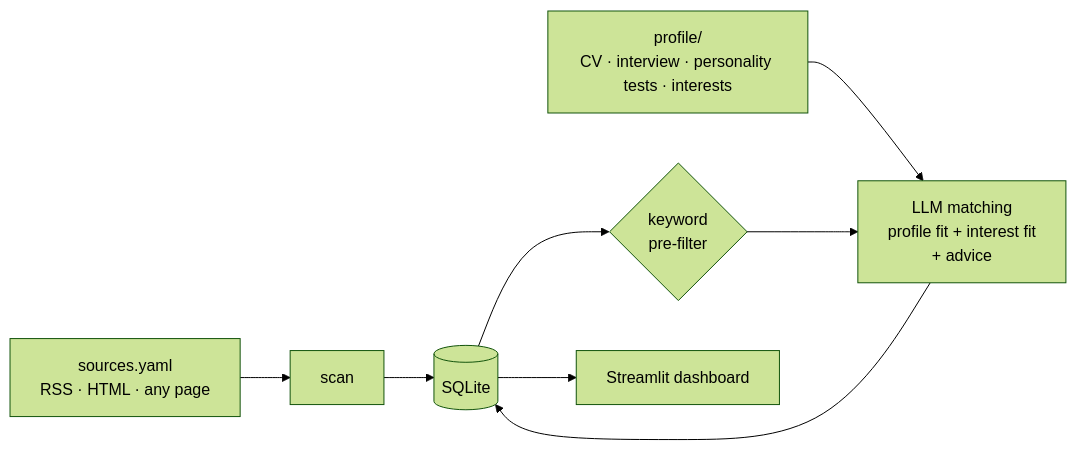
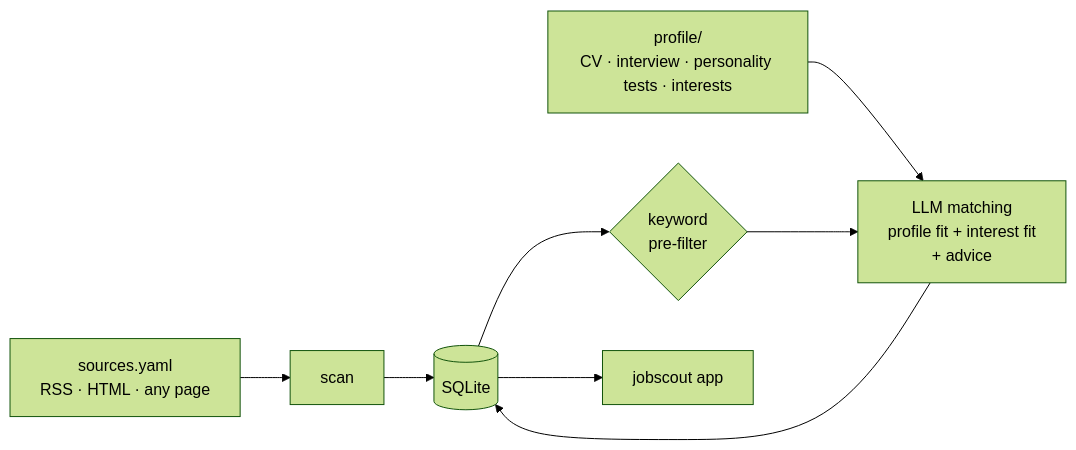
The diagram in README.md (Goupus/Jobscout), drawn with Mermaid (forest theme) before and after one commit. The commit also changed other lines of this file and 31 other files, not shown here.

````diff
--- a/README.md
+++ b/README.md
@@ -24,10 +24,10 @@
 ```mermaid
 flowchart LR
     S[sources.yaml<br/>RSS · HTML · any page] --> SC[scan]
     SC --> DB[(SQLite)]
     P[profile/<br/>CV · interview · personality tests · interests] --> M
     DB --> PF{keyword<br/>pre-filter}
     PF --> M[LLM matching<br/>profile fit + interest fit<br/>+ advice]
     M --> DB
-    DB --> D[Streamlit dashboard]
+    DB --> D[jobscout app]
 ```
````
